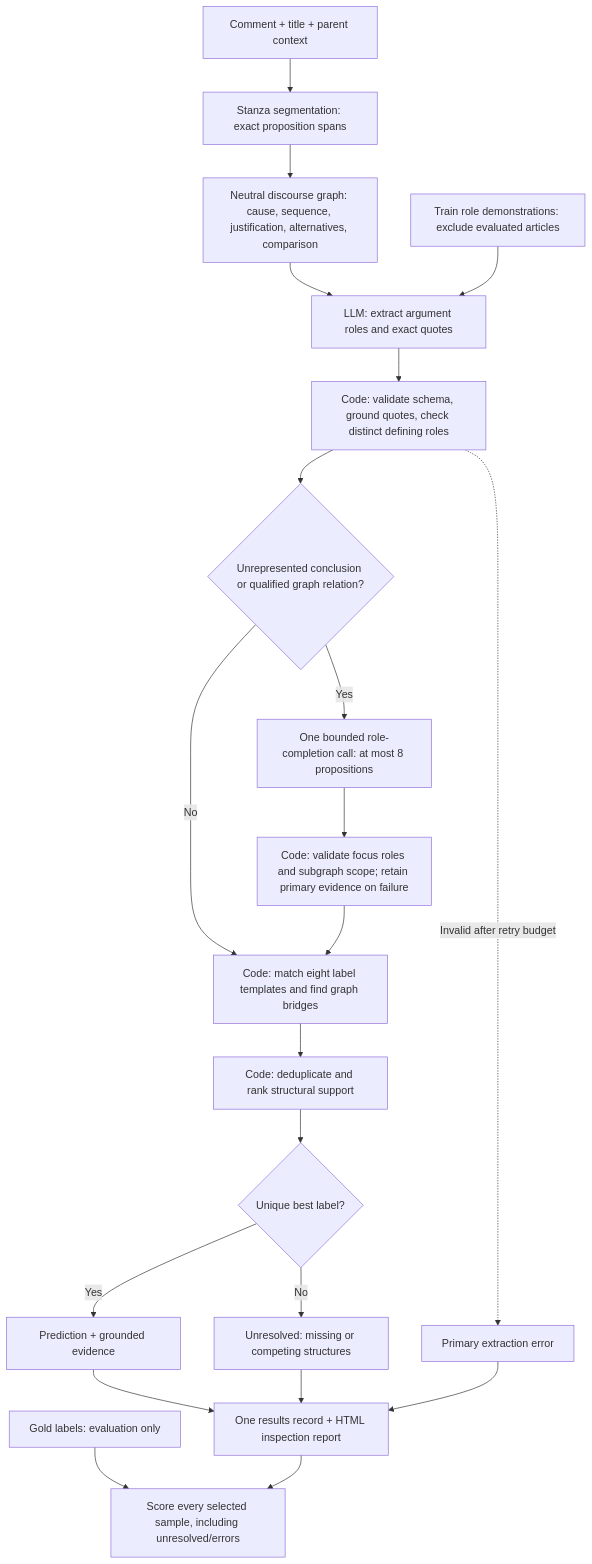
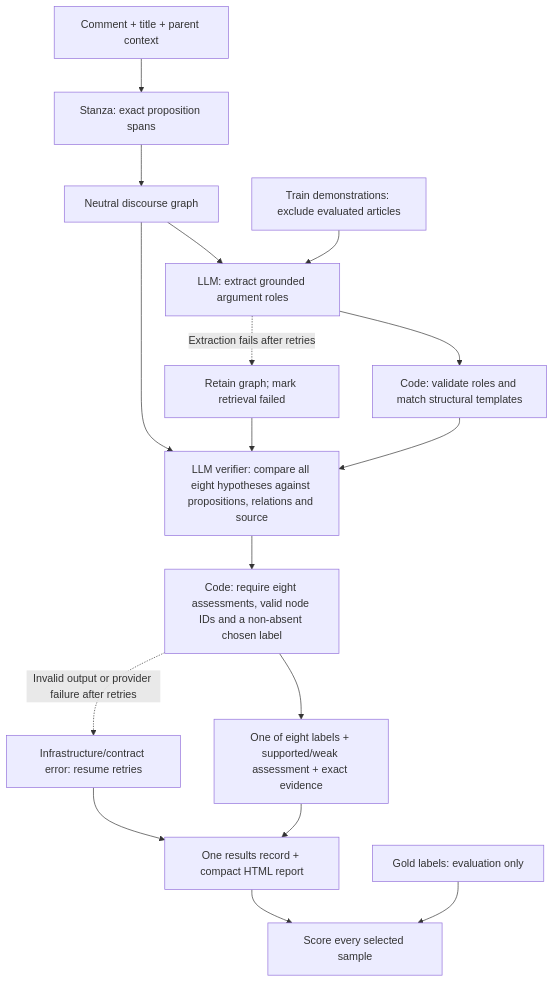
One commit to HuyL13/test_debate_agents changed the diagram in README.md. Above: the diagram before and after it, drawn with Mermaid. The commit also changed other lines of this file and 11 other files, not shown here.

Commit message:
Require eight-label graph-grounded comparative verification

````diff
--- a/README.md
+++ b/README.md
@@ -11,23 +11,19 @@
 ```mermaid
 flowchart TD
-    A["Comment + title + parent context"] --> B["Stanza segmentation: exact proposition spans"]
-    B --> C["Neutral discourse graph: cause, sequence, justification, alternatives, comparison"]
-    C --> D["LLM: extract argument roles and exact quotes"]
-    T["Train role demonstrations: exclude evaluated articles"] --> D
-    D --> E["Code: validate schema, ground quotes, check distinct defining roles"]
-    E -. "Invalid after retry budget" .-> O["Primary extraction error"]
-    E --> F{"Unrepresented conclusion or qualified graph relation?"}
-    F -- Yes --> G["One bounded role-completion call: at most 8 propositions"]
-    G --> H["Code: validate focus roles and subgraph scope; retain primary evidence on failure"]
-    F -- No --> I["Code: match eight label templates and find graph bridges"]
-    H --> I
-    I --> J["Code: deduplicate and rank structural support"]
-    J --> K{"Unique best label?"}
-    K -- Yes --> L["Prediction + grounded evidence"]
-    K -- No --> M["Unresolved: missing or competing structures"]
-    L --> N["One results record + HTML inspection report"]
-    M --> N
-    O --> N
-    Y["Gold labels: evaluation only"] --> Z["Score every selected sample, including unresolved/errors"]
-    N --> Z
+    A["Comment + title + parent context"] --> B["Stanza: exact proposition spans"]
+    B --> C["Neutral discourse graph"]
+    C --> D["LLM: extract grounded argument roles"]
+    T["Train demonstrations: exclude evaluated articles"] --> D
+    D --> E["Code: validate roles and match structural templates"]
+    D -. "Extraction fails after retries" .-> F["Retain graph; mark retrieval failed"]
+    E --> G["LLM verifier: compare all eight hypotheses against propositions, relations and source"]
+    F --> G
+    C --> G
+    G --> H["Code: require eight assessments, valid node IDs and a non-absent chosen label"]
+    H --> I["One of eight labels + supported/weak assessment + exact evidence"]
+    H -. "Invalid output or provider failure after retries" .-> X["Infrastructure/contract error: resume retries"]
+    I --> J["One results record + compact HTML report"]
+    X --> J
+    Y["Gold labels: evaluation only"] --> Z["Score every selected sample"]
+    J --> Z
 ```
````
